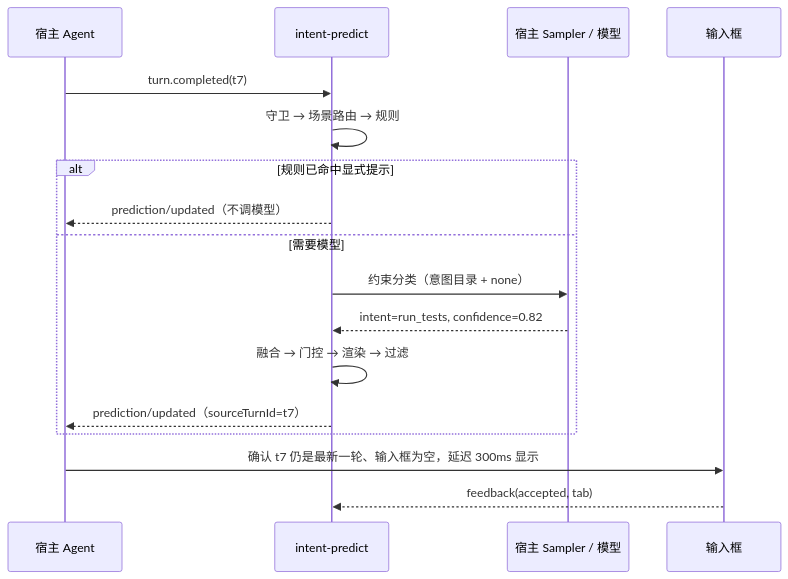
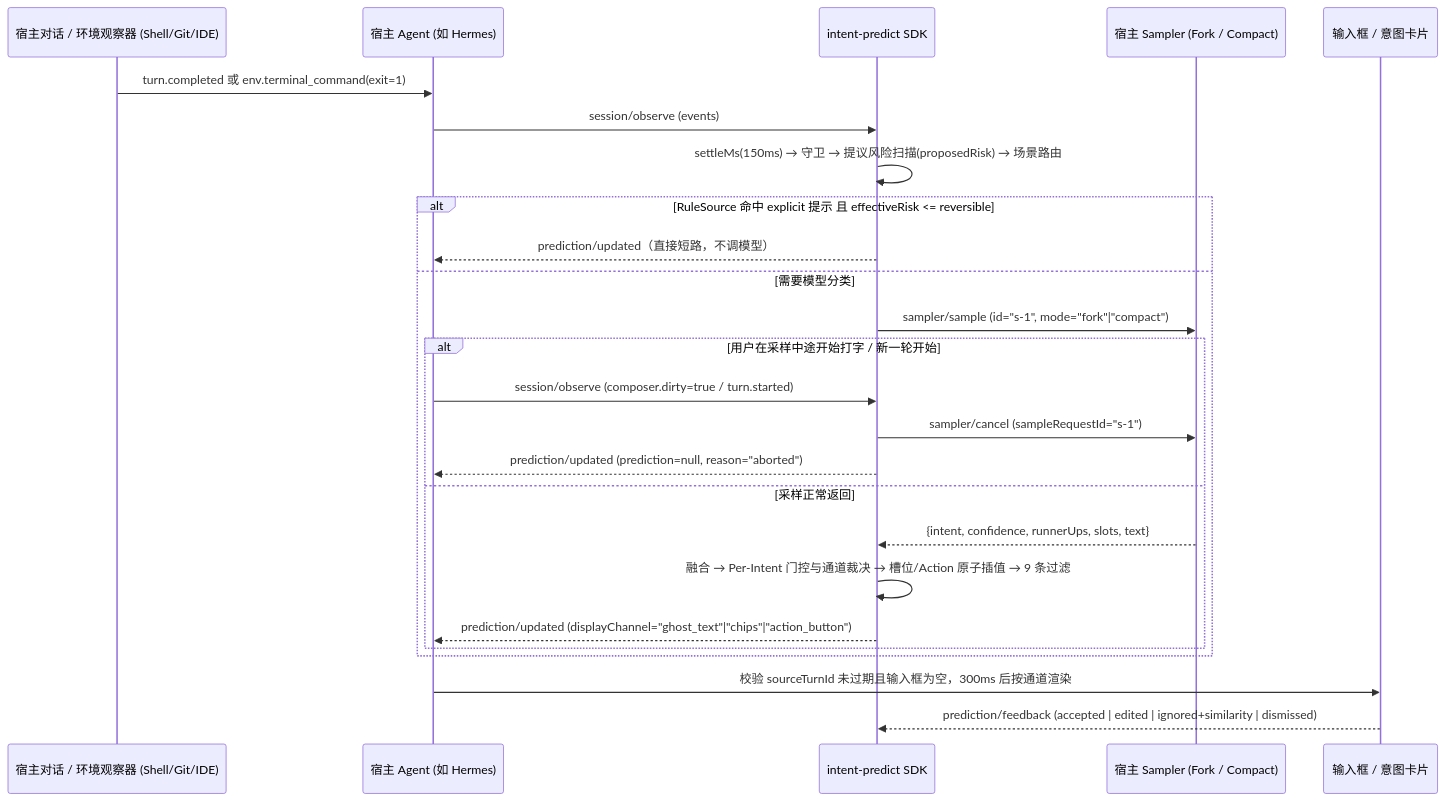
The second of 3 diagrams in docs/design.md (susyimes/intent-predict), drawn with Mermaid before and after one commit. The commit also changed other lines of this file and 6 other files, not shown here.

First line of the commit message:
docs(spec): upgrade to v0.3 omni-context Intent Predict Agent & resolve P0-P2 review issues

````diff
--- a/docs/design.md
+++ b/docs/design.md
@@ -152,19 +179,28 @@
 ```mermaid
 sequenceDiagram
-  participant H as 宿主 Agent
-  participant P as intent-predict
-  participant M as 宿主 Sampler / 模型
-  participant UI as 输入框
-  H->>P: turn.completed(t7)
-  P->>P: 守卫 → 场景路由 → 规则
-  alt 规则已命中显式提示
-    P-->>H: prediction/updated（不调模型）
-  else 需要模型
-    P->>M: 约束分类（意图目录 + none）
-    M-->>P: intent=run_tests, confidence=0.82
-    P->>P: 融合 → 门控 → 渲染 → 过滤
-    P-->>H: prediction/updated（sourceTurnId=t7）
+  participant Env as 宿主对话 / 环境观察器 (Shell/Git/IDE)
+  participant H as 宿主 Agent (如 Hermes)
+  participant P as intent-predict SDK
+  participant M as 宿主 Sampler (Fork / Compact)
+  participant UI as 输入框 / 意图卡片
+
+  Env->>H: turn.completed 或 env.terminal_command(exit=1)
+  H->>P: session/observe (events)
+  P->>P: settleMs(150ms) → 守卫 → 提议风险扫描(proposedRisk) → 场景路由
+  alt RuleSource 命中 explicit 提示 且 effectiveRisk <= reversible
+    P-->>H: prediction/updated（直接短路，不调模型）
+  else 需要模型分类
+    P->>M: sampler/sample (id="s-1", mode="fork"|"compact")
+    alt 用户在采样中途开始打字 / 新一轮开始
+      H->>P: session/observe (composer.dirty=true / turn.started)
+      P->>M: sampler/cancel (sampleRequestId="s-1")
+      P-->>H: prediction/updated (prediction=null, reason="aborted")
+    else 采样正常返回
+      M-->>P: {intent, confidence, runnerUps, slots, text}
+      P->>P: 融合 → Per-Intent 门控与通道裁决 → 槽位/Action 原子插值 → 9 条过滤
+      P-->>H: prediction/updated (displayChannel="ghost_text"|"chips"|"action_button")
+    end
   end
-  H->>UI: 确认 t7 仍是最新一轮、输入框为空，延迟 300ms 显示
-  UI-->>P: feedback(accepted, tab)
+  H->>UI: 校验 sourceTurnId 未过期且输入框为空，300ms 后按通道渲染
+  UI-->>P: prediction/feedback (accepted | edited | ignored+similarity | dismissed)
 ```
````
